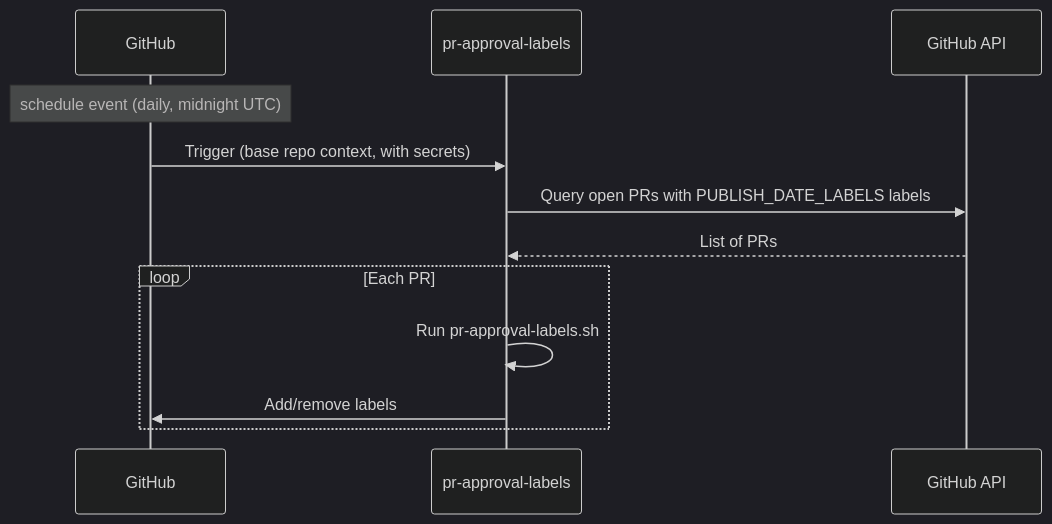
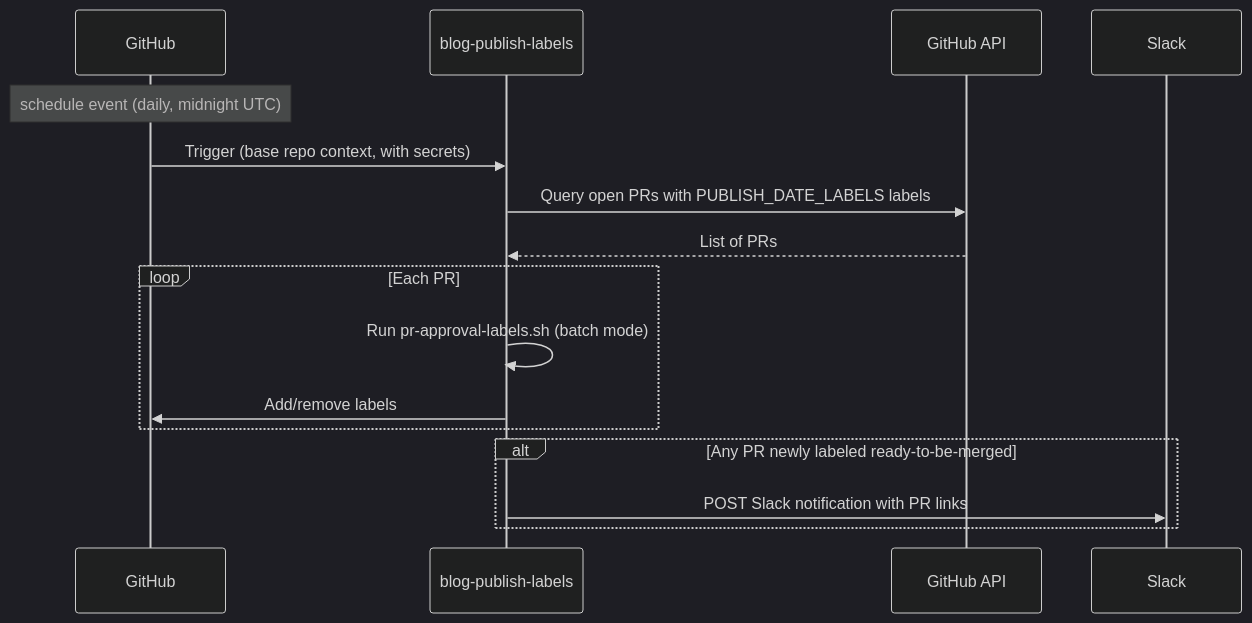
Before and after one commit to open-telemetry/opentelemetry.io: the third of 3 diagrams in content/en/site/build/ci-workflows.md, drawn with Mermaid (dark theme). The commit also changed other lines of this file and 3 other files, not shown here.

Commit message:
feat(workflow): integrate blog publish labels workflow with Slack notifications

````diff
--- a/content/en/site/build/ci-workflows.md
+++ b/content/en/site/build/ci-workflows.md
@@ -128,16 +159,20 @@
 ```mermaid
 sequenceDiagram
     participant GH as GitHub
-    participant L as pr-approval-labels
+    participant B as blog-publish-labels
     participant API as GitHub API
+    participant S as Slack
 
     Note over GH: schedule event (daily, midnight UTC)
 
-    GH->>L: Trigger (base repo context, with secrets)
-    L->>API: Query open PRs with PUBLISH_DATE_LABELS labels
-    API-->>L: List of PRs
+    GH->>B: Trigger (base repo context, with secrets)
+    B->>API: Query open PRs with PUBLISH_DATE_LABELS labels
+    API-->>B: List of PRs
     loop Each PR
-        L->>L: Run pr-approval-labels.sh
-        L->>GH: Add/remove labels
+        B->>B: Run pr-approval-labels.sh (batch mode)
+        B->>GH: Add/remove labels
+    end
+    alt Any PR newly labeled ready-to-be-merged
+        B->>S: POST Slack notification with PR links
     end
 ```
````
